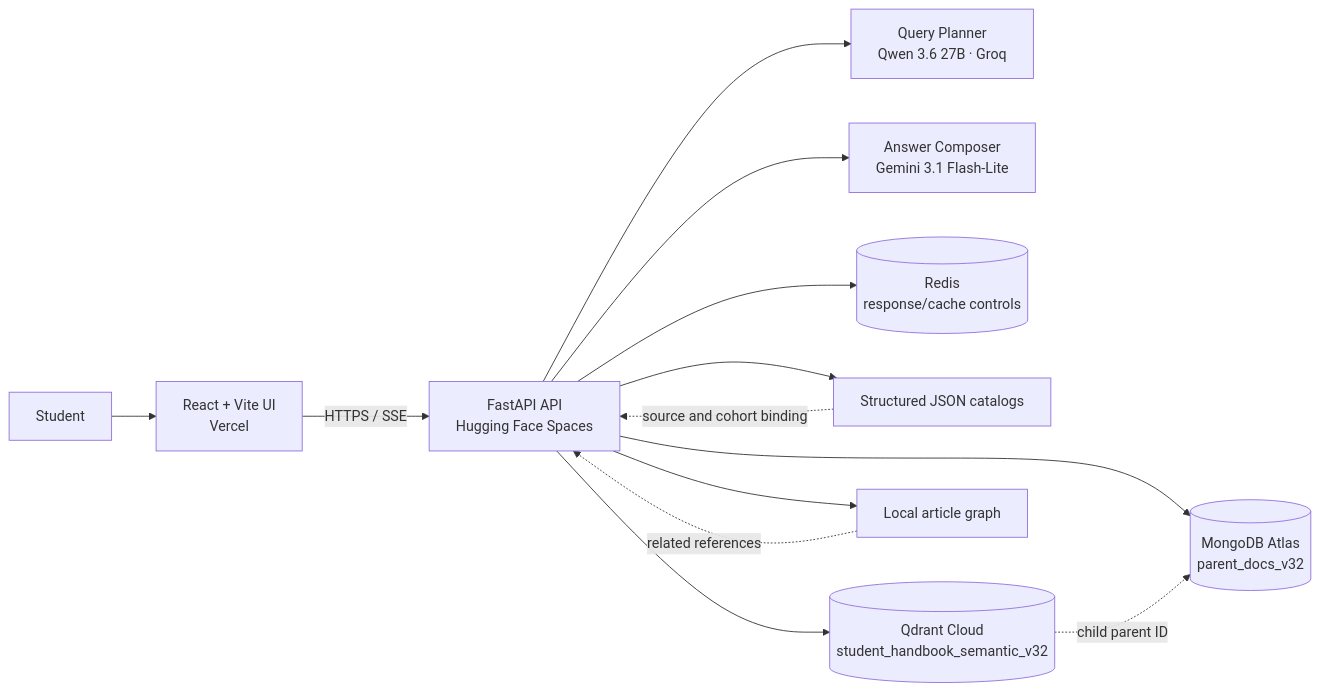
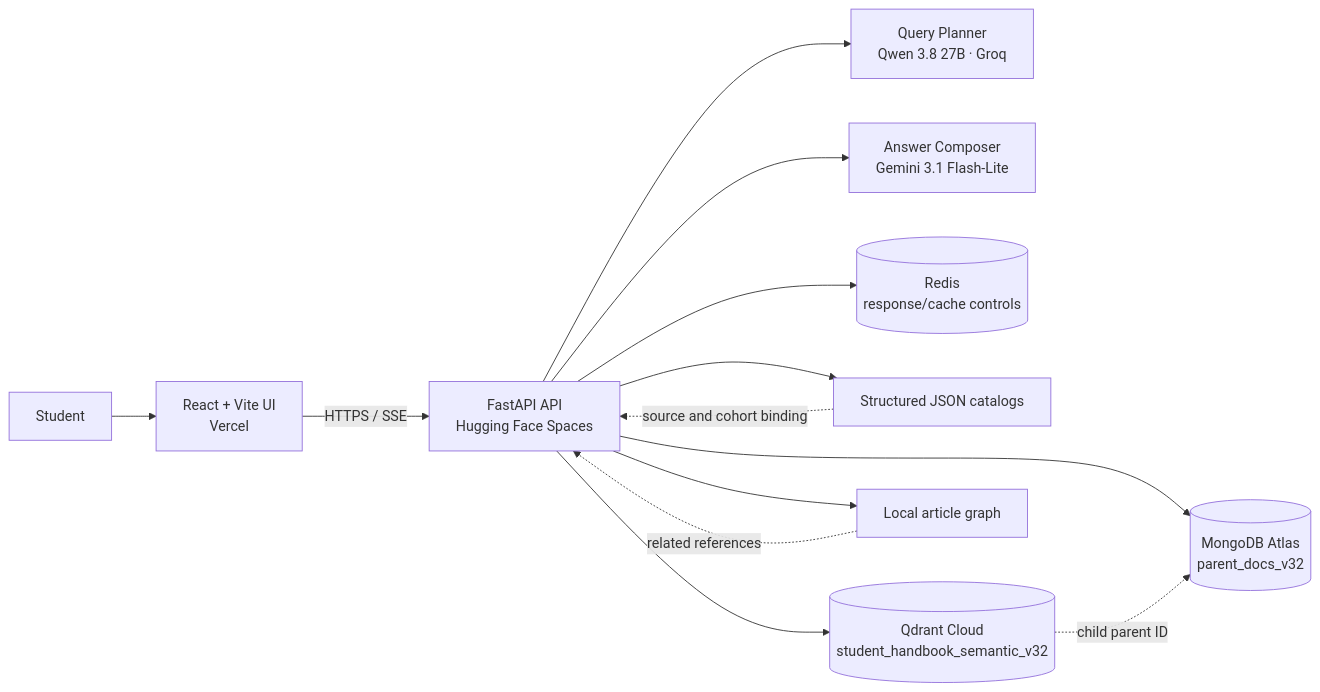
The first of 4 diagrams in README.md (AnhPhiNe/student-handbook-rag-chatbot), drawn with Mermaid before and after one commit. The commit also changed 12 other files, not shown here.

Commit message:
feat(planner): migrate to Qwen 3.8 and harden query plans

````diff
--- a/README.md
+++ b/README.md
@@ -40,18 +40,18 @@
 ```mermaid
 flowchart LR
     Student["Student"] --> UI["React + Vite UI<br/>Vercel"]
     UI -->|"HTTPS / SSE"| API["FastAPI API<br/>Hugging Face Spaces"]
 
-    API --> Planner["Query Planner<br/>Qwen 3.6 27B · Groq"]
+    API --> Planner["Query Planner<br/>Qwen 3.8 27B · Groq"]
     API --> Composer["Answer Composer<br/>Gemini 3.1 Flash-Lite"]
     API --> Cache[("Redis<br/>response/cache controls")]
 
     API --> Structured["Structured JSON catalogs"]
     API --> Qdrant[("Qdrant Cloud<br/>student_handbook_semantic_v32")]
     API --> Mongo[("MongoDB Atlas<br/>parent_docs_v32")]
     API --> Graph["Local article graph"]
 
     Qdrant -. child parent ID .-> Mongo
     Structured -. source and cohort binding .-> API
     Graph -. related references .-> API
 ```
````
